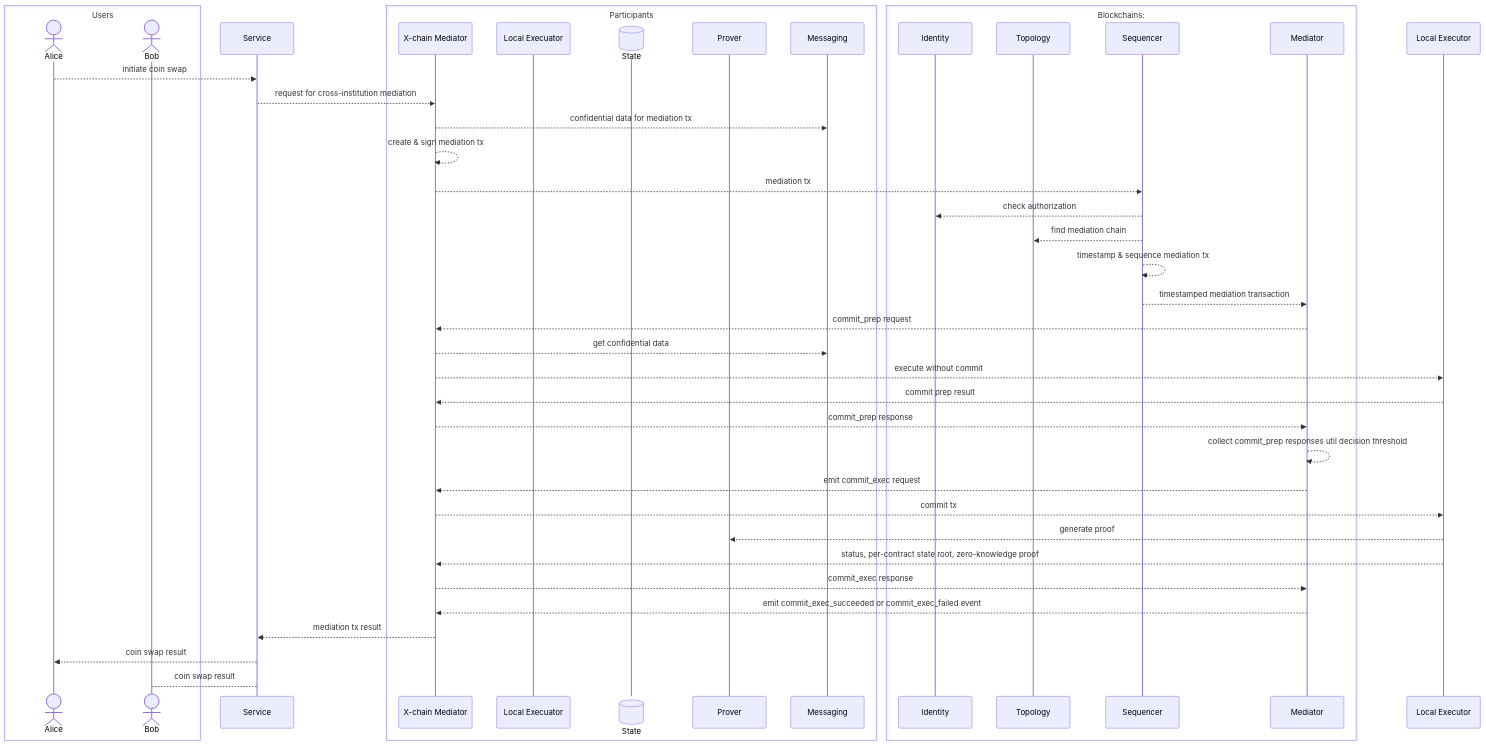
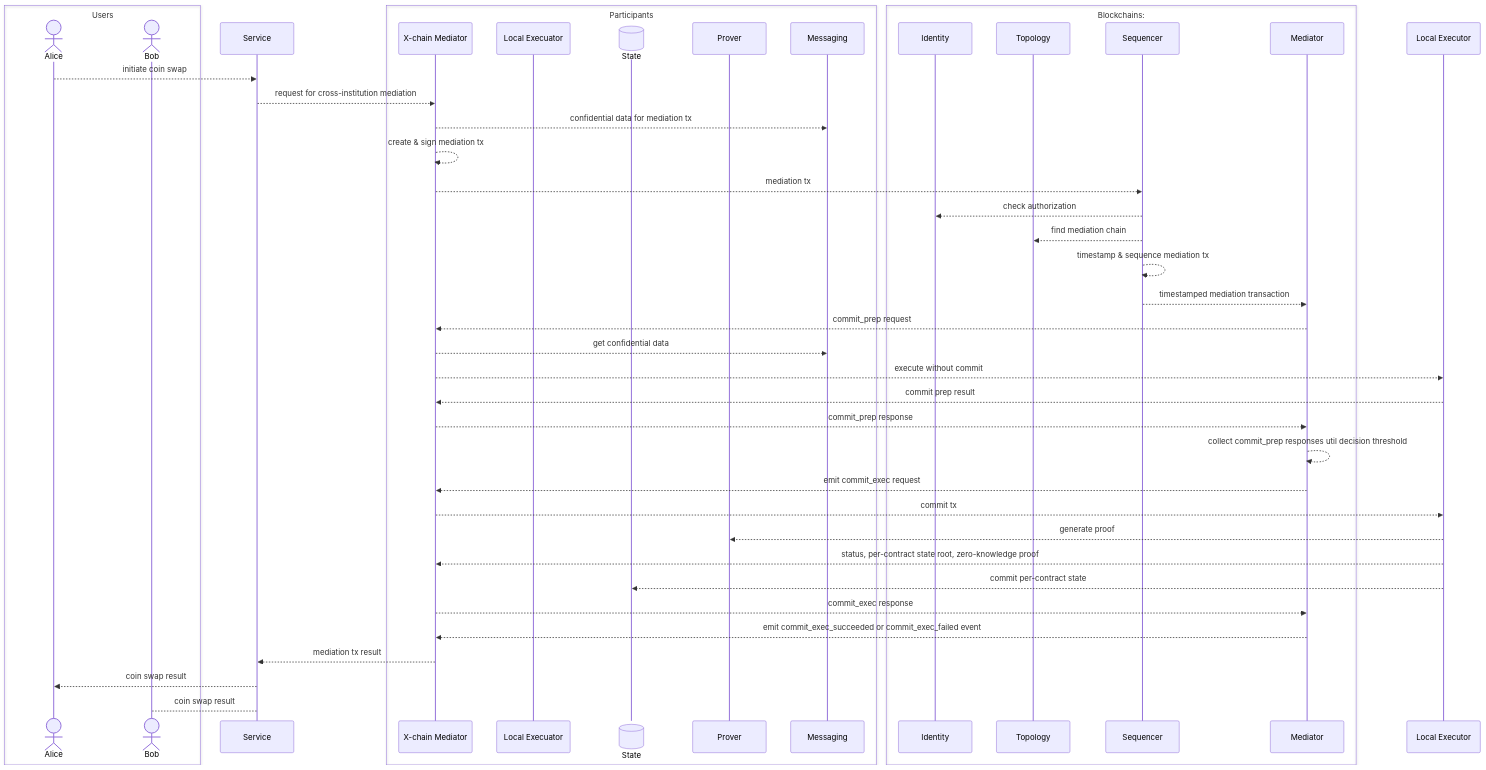
One commit to PDXbaap/design changed the diagram in finance_architecture.md. Above: the diagram before and after it, drawn with Mermaid.

````diff
--- a/finance_architecture.md
+++ b/finance_architecture.md
@@ -29,46 +29,47 @@
 ```mermaid
 sequenceDiagram
 box Users
 actor Alice
 actor Bob
 end
 participant Service
 box Participants
 participant X-chain Mediator
 participant Local Execuator
 participant State@{"type": "database"}
 participant Prover
 participant Messaging
 end
 box Blockchains: 
 participant Identity
 participant Topology
 participant Sequencer
 participant Mediator
 end
 
 Alice -->> Service: initiate coin swap
 Service -->> X-chain Mediator: request for cross-institution mediation
 X-chain Mediator -->> Messaging: confidential data for mediation tx
 X-chain Mediator -->> X-chain Mediator: create & sign mediation tx
 X-chain Mediator -->> Sequencer: mediation tx
 Sequencer -->> Identity: check authorization
 Sequencer -->> Topology: find mediation chain
 Sequencer -->> Sequencer: timestamp & sequence mediation tx
 Sequencer -->> Mediator: timestamped mediation transaction
 Mediator -->> X-chain Mediator: commit_prep request
 X-chain Mediator -->> Messaging: get confidential data
 X-chain Mediator -->> Local Executor: execute without commit
 Local Executor -->> X-chain Mediator: commit prep result
 X-chain Mediator -->> Mediator: commit_prep response
 Mediator -->> Mediator: collect commit_prep responses util decision threshold
 Mediator -->> X-chain Mediator: emit commit_exec request
 X-chain Mediator -->> Local Executor: commit tx
 Local Executor -->> Prover: generate proof
 Local Executor -->> X-chain Mediator: status, per-contract state root, zero-knowledge proof
+Local Executor -->> State: commit per-contract state
 X-chain Mediator -->> Mediator: commit_exec response
 Mediator -->> X-chain Mediator: emit commit_exec_succeeded or commit_exec_failed event
 X-chain Mediator -->> Service: mediation tx result
 Service -->> Alice: coin swap result
 Service --> Bob: coin swap result
 ```
````
